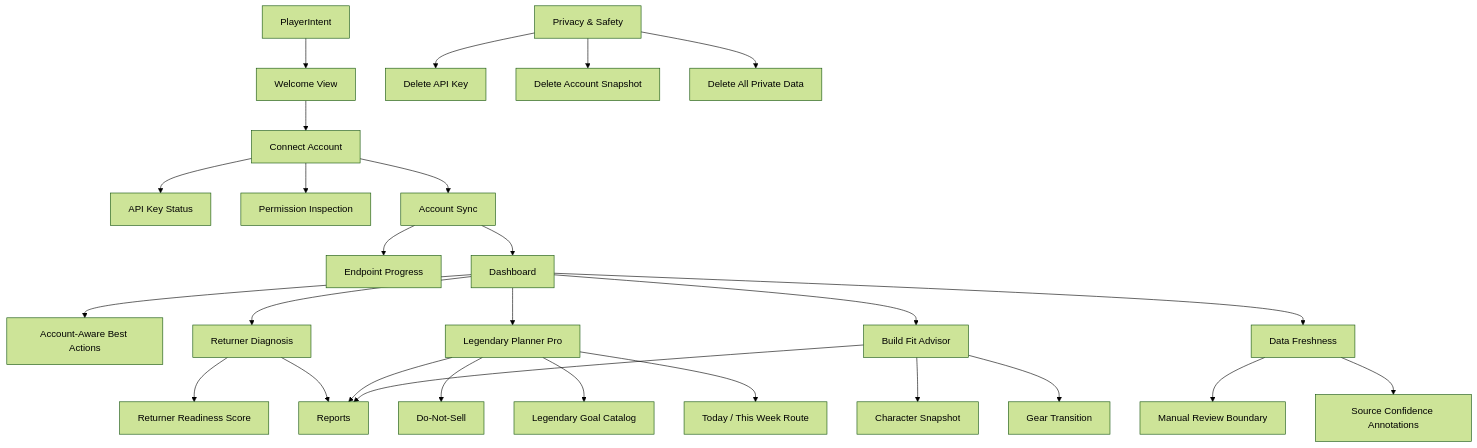
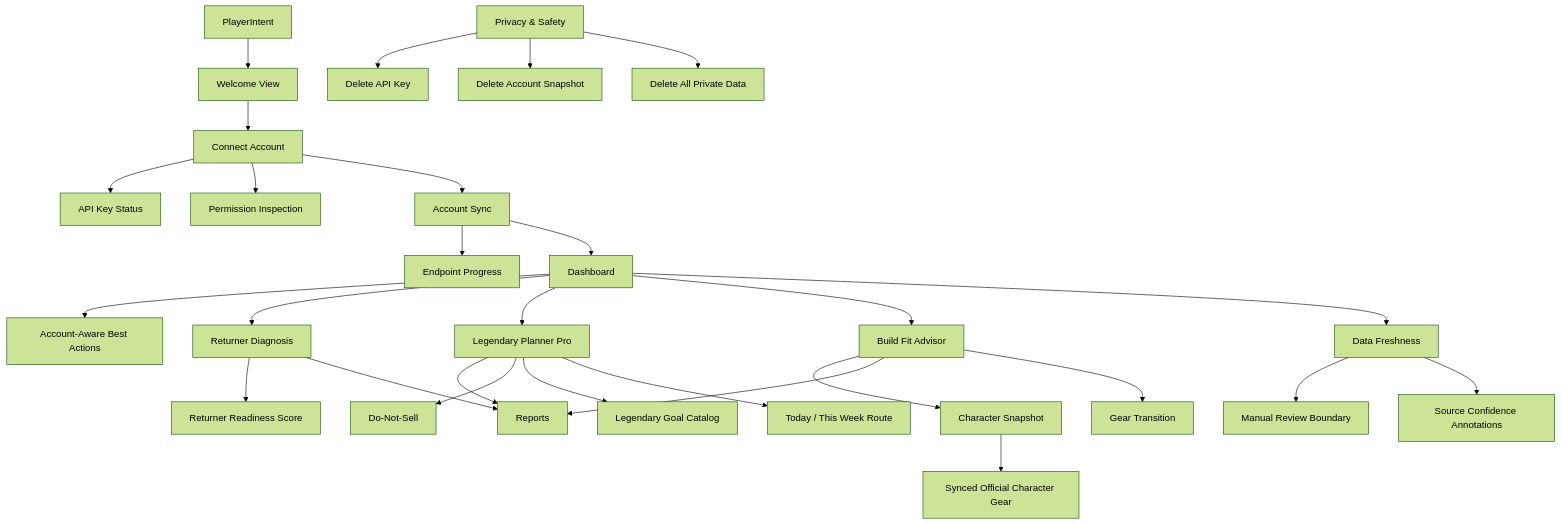
The diagram in docs/ui/PLAYER_UI_SEMANTIC_GRAPH_AUDIT.md (johnslee1207-commits/gw2radar), drawn with Mermaid (forest theme) before and after one commit. The commit also changed other lines of this file and 9 other files, not shown here.

Commit message:
Bridge synced character gear to build fit

````diff
--- a/docs/ui/PLAYER_UI_SEMANTIC_GRAPH_AUDIT.md
+++ b/docs/ui/PLAYER_UI_SEMANTIC_GRAPH_AUDIT.md
@@ -9,29 +9,30 @@
 ```mermaid
 graph TD
   PlayerIntent["PlayerIntent"] --> Welcome["Welcome View"]
   Welcome --> Connect["Connect Account"]
   Connect --> AccountKey["API Key Status"]
   Connect --> PermissionInspection["Permission Inspection"]
   Connect --> AccountSync["Account Sync"]
   AccountSync --> EndpointProgress["Endpoint Progress"]
   AccountSync --> Dashboard["Dashboard"]
   Dashboard --> BestActions["Account-Aware Best Actions"]
   Dashboard --> Returner["Returner Diagnosis"]
   Returner --> ReturnerReadiness["Returner Readiness Score"]
   Dashboard --> Legendary["Legendary Planner Pro"]
   Dashboard --> BuildFit["Build Fit Advisor"]
   BuildFit --> CharacterSnapshot["Character Snapshot"]
+  CharacterSnapshot --> SyncedCharacterGear["Synced Official Character Gear"]
   Dashboard --> Freshness["Data Freshness"]
   Returner --> ReportCenter["Reports"]
   Legendary --> ReportCenter
   BuildFit --> ReportCenter
   Legendary --> DoNotSell["Do-Not-Sell"]
   Legendary --> LegendaryGoalCatalog["Legendary Goal Catalog"]
   Legendary --> LegendaryWeeklyRoute["Today / This Week Route"]
   BuildFit --> GearTransition["Gear Transition"]
   Freshness --> SafetyBoundary["Manual Review Boundary"]
   Freshness --> SourceConfidence["Source Confidence Annotations"]
   Privacy["Privacy & Safety"] --> DeleteKey["Delete API Key"]
   Privacy --> DeleteSnapshot["Delete Account Snapshot"]
   Privacy --> DeleteAllPrivate["Delete All Private Data"]
 ```
````
